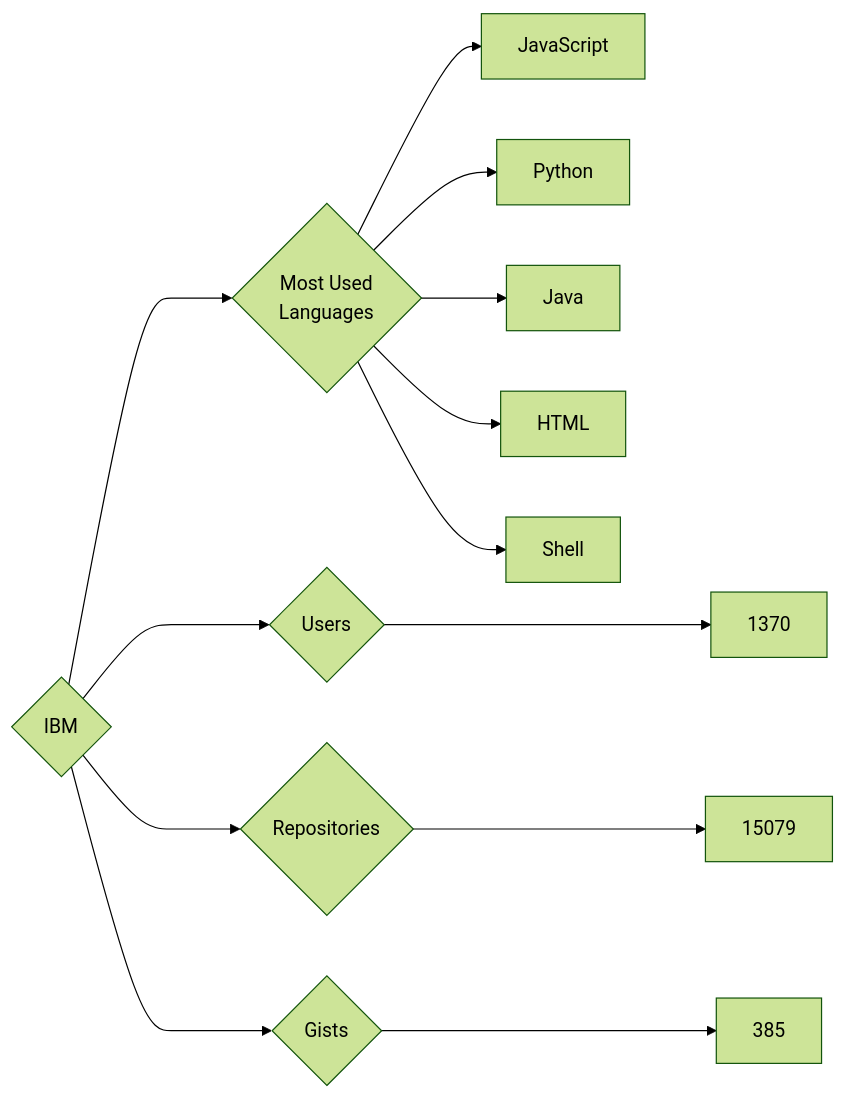
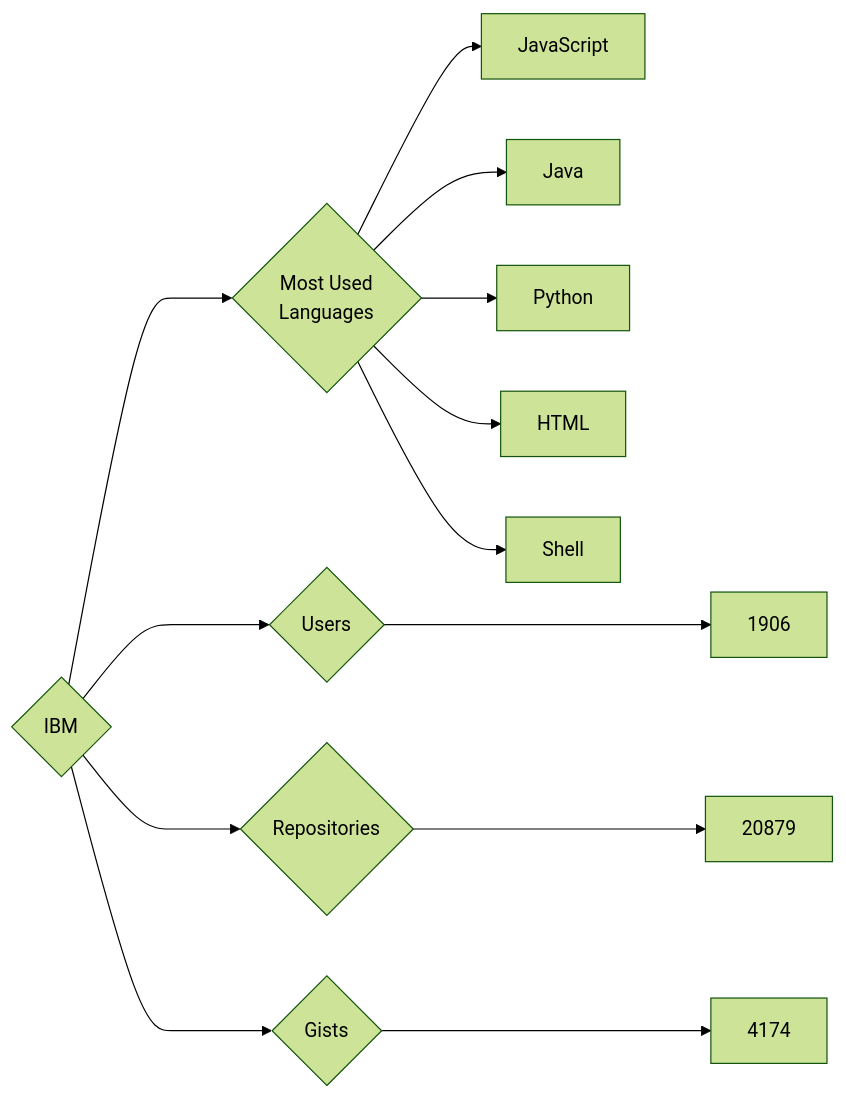
The diagram in targets/IBM/README.md (trickest/insiders), drawn with Mermaid (forest theme) before and after one commit. The commit also changed 693 other files, not shown here.

````diff
--- a/targets/IBM/README.md
+++ b/targets/IBM/README.md
@@ -3,13 +3,13 @@
 ```mermaid
 graph LR
 COMPANY_NAME{IBM}
-COMPANY_NAME ---> U{Users} ---> UN[1370]
-COMPANY_NAME ---> R{Repositories} ---> RN[15079]
-COMPANY_NAME ---> G{Gists} ---> GN[385]
+COMPANY_NAME ---> U{Users} ---> UN[1906]
+COMPANY_NAME ---> R{Repositories} ---> RN[20879]
+COMPANY_NAME ---> G{Gists} ---> GN[4174]
 COMPANY_NAME ---> ML{Most Used<br>Languages}
 ML --> JavaScript[JavaScript]
+ML --> Java[Java]
 ML --> Python[Python]
-ML --> Java[Java]
 ML --> HTML[HTML]
 ML --> Shell[Shell]
 ```
````
